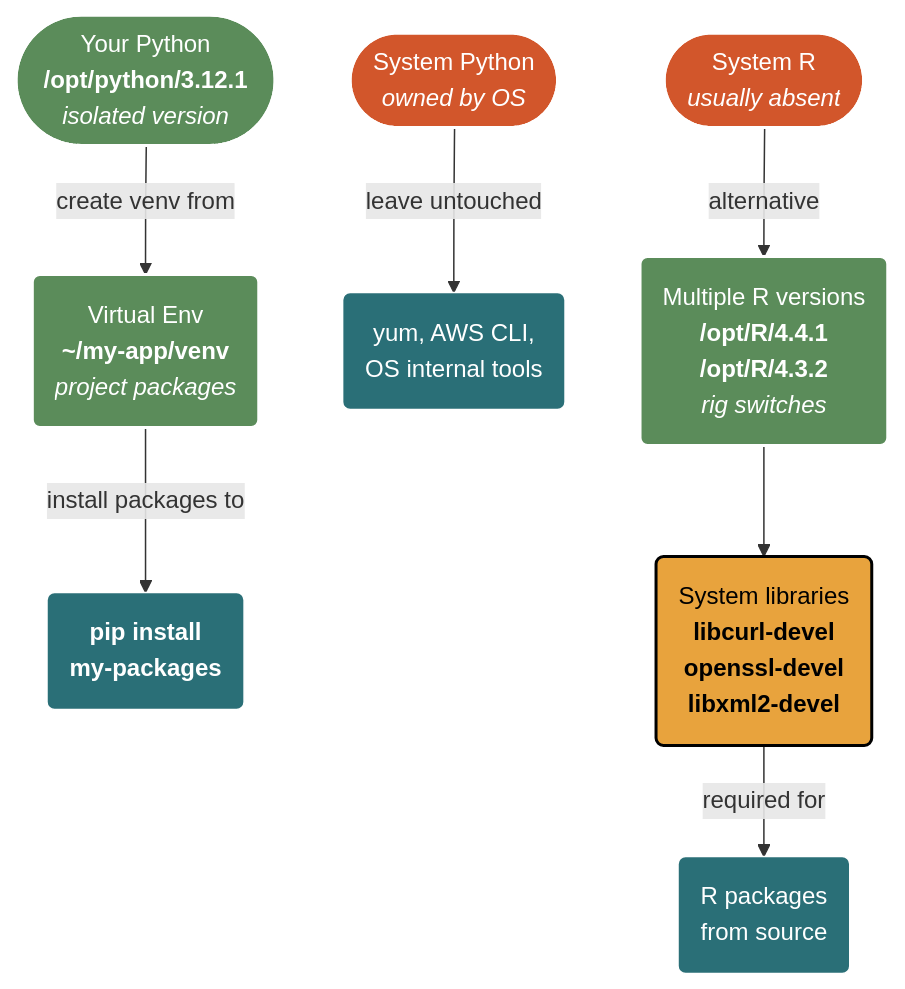
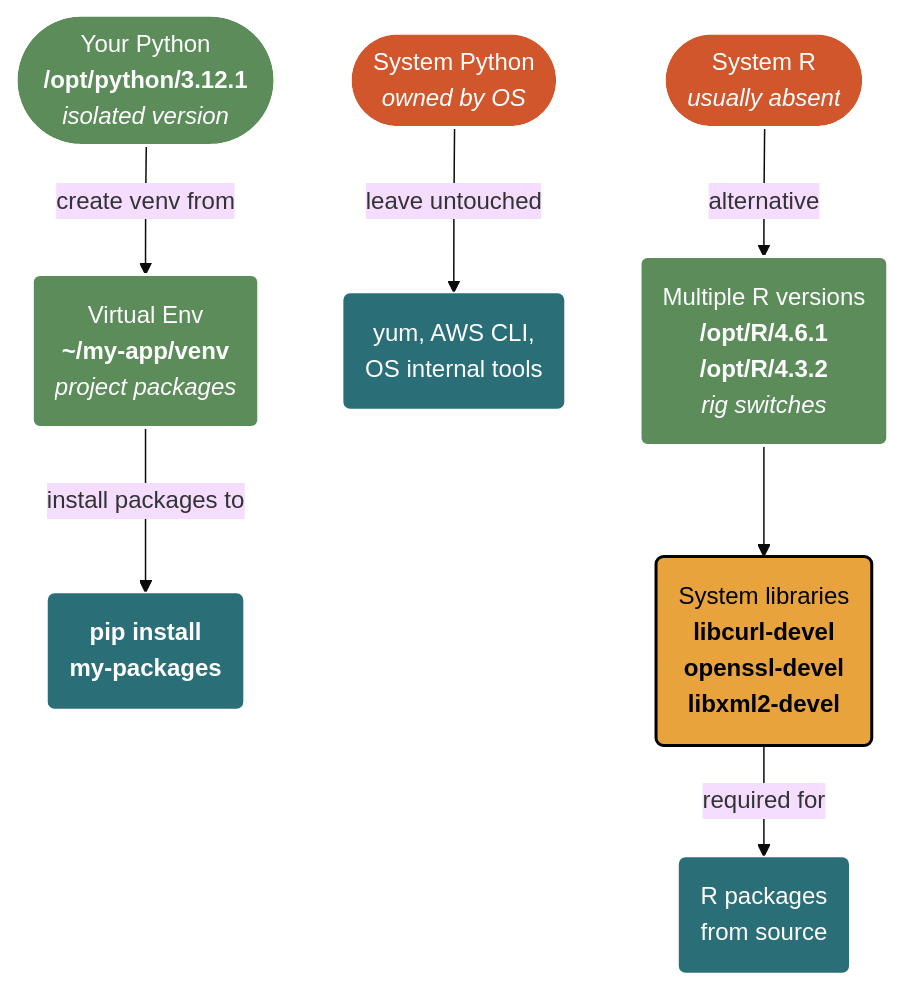
The fourth of 6 diagrams in install-apps.qmd (mjfrigaard/do4ds-labs), drawn with Mermaid before and after one commit. The commit also changed other lines of this file and 510 other files, not shown here.

````diff
--- a/install-apps.qmd
+++ b/install-apps.qmd
@@ -238,33 +399,33 @@
 ```{mermaid}
 %%| fig-cap: 'Language Runtime Installation Pattern'
 %%| fig-width: 8.0
 %%| fig-align: 'center'
-%%{init: {'theme': 'base', 'themeVariables': {'fontFamily': 'monospace'}}}}%%
+%%{init: {'theme': 'base', 'themeVariables': {'fontFamily': 'monospace'}}}%%
 
 graph TD
     SysPy(["System Python<br/><em>owned by OS</em>"])
     OptPy(["Your Python<br/><strong>/opt/python/3.12.1</strong><br/><em>isolated version</em>"])
     Venv("Virtual Env<br/><strong>~/my-app/venv</strong><br/><em>project packages</em>")
 
     SysPy -->|"leave untouched"| SysTools("yum, AWS CLI,<br/>OS internal tools")
     OptPy -->|"create venv from"| Venv
     Venv -->|"install packages to"| Packages("<strong>pip install<br/>my-packages</strong>")
 
     R(["System R<br/><em>usually absent</em>"])
-    OptR("Multiple R versions<br/><strong>/opt/R/4.4.1</strong><br/><strong>/opt/R/4.3.2</strong><br/><em>rig switches</em>")
+    OptR("Multiple R versions<br/><strong>/opt/R/4.6.1</strong><br/><strong>/opt/R/4.3.2</strong><br/><em>rig switches</em>")
     Libs("System libraries<br/><strong>libcurl-devel</strong><br/><strong>openssl-devel</strong><br/><strong>libxml2-devel</strong>")
 
     R -->|"alternative"| OptR
     OptR --> Libs
     Libs -->|"required for"| RPackages("R packages<br/>from source")
 
     style SysPy fill:#d2562b,stroke:#fff,stroke-width:2px,color:#fff
     style OptPy fill:#5b8c5a,stroke:#fff,stroke-width:2px,color:#fff
     style Venv fill:#5b8c5a,stroke:#fff,stroke-width:2px,color:#fff
     style Packages fill:#2a6f77,stroke:#fff,stroke-width:1px,color:#fff
     style R fill:#d2562b,stroke:#fff,stroke-width:2px,color:#fff
     style OptR fill:#5b8c5a,stroke:#fff,stroke-width:2px,color:#fff
     style Libs fill:#e8a33d,stroke:#000,stroke-width:2px,color:#000
     style RPackages fill:#2a6f77,stroke:#fff,stroke-width:1px,color:#fff
     style SysTools fill:#2a6f77,stroke:#fff,stroke-width:1px,color:#fff
 ```
````
